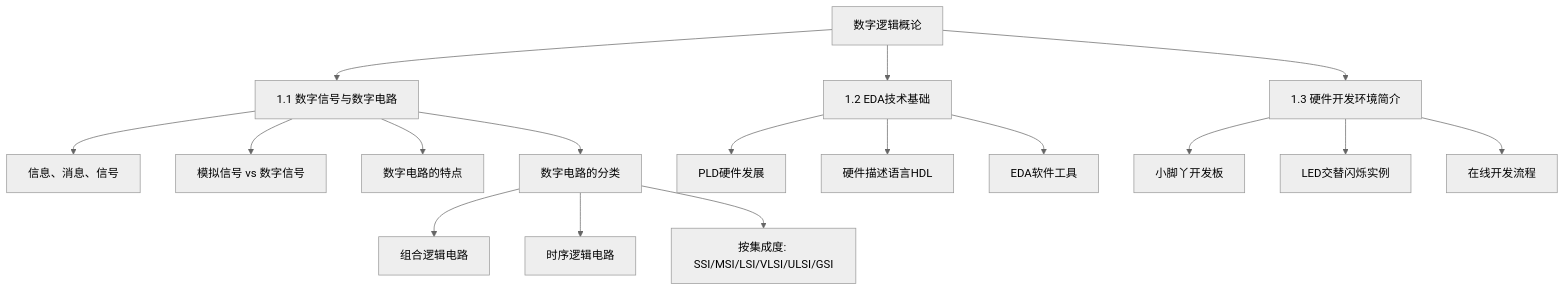
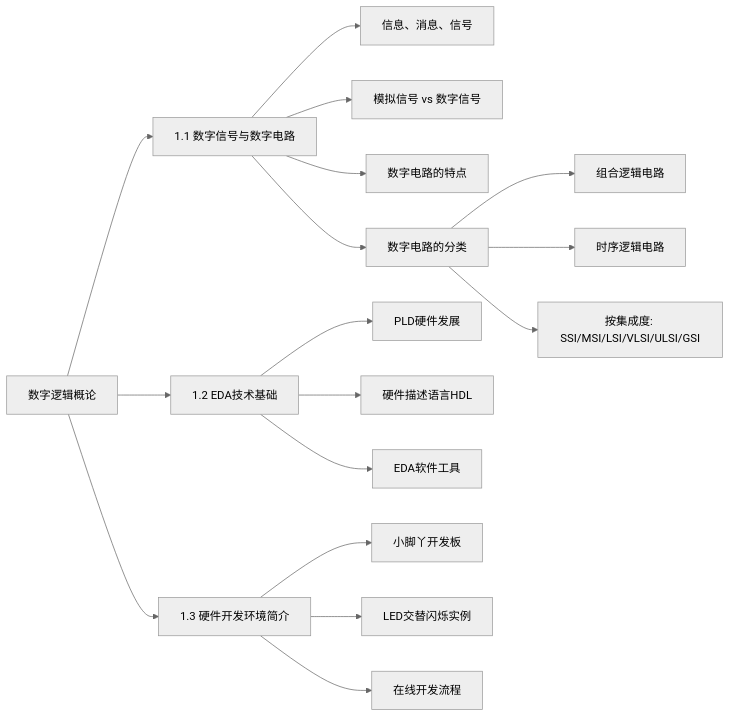
One commit to LiuandXu/digital-electronics-wiki changed the diagram in docs/ch01/index.md. Above: the diagram before and after it, drawn with Mermaid (neutral theme). The commit also changed 20 other files, not shown here.

Commit message:
fix mermaid rendering and switch all graph TD to LR

````diff
--- a/docs/ch01/index.md
+++ b/docs/ch01/index.md
@@ -101,23 +101,23 @@
 ```mermaid
-graph TD
+graph LR
     A["数字逻辑概论"] --> B["1.1 数字信号与数字电路"]
     A --> C["1.2 EDA技术基础"]
     A --> D["1.3 硬件开发环境简介"]
 
     B --> B1["信息、消息、信号"]
     B --> B2["模拟信号 vs 数字信号"]
     B --> B3["数字电路的特点"]
     B --> B4["数字电路的分类"]
 
     B4 --> B4a["组合逻辑电路"]
     B4 --> B4b["时序逻辑电路"]
     B4 --> B4c["按集成度: SSI/MSI/LSI/VLSI/ULSI/GSI"]
 
     C --> C1["PLD硬件发展"]
     C --> C2["硬件描述语言HDL"]
     C --> C3["EDA软件工具"]
 
     D --> D1["小脚丫开发板"]
     D --> D2["LED交替闪烁实例"]
     D --> D3["在线开发流程"]
 ```
````
